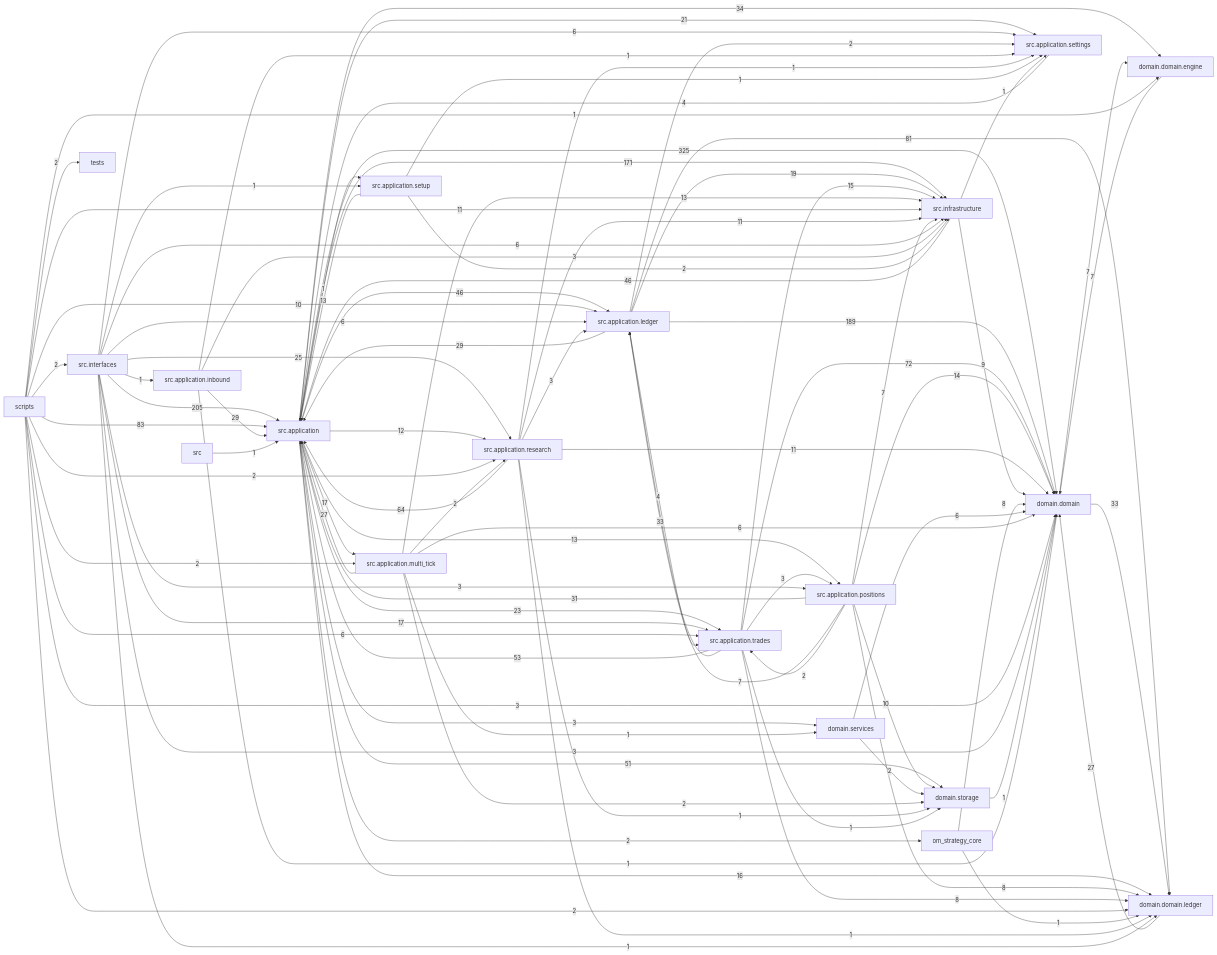
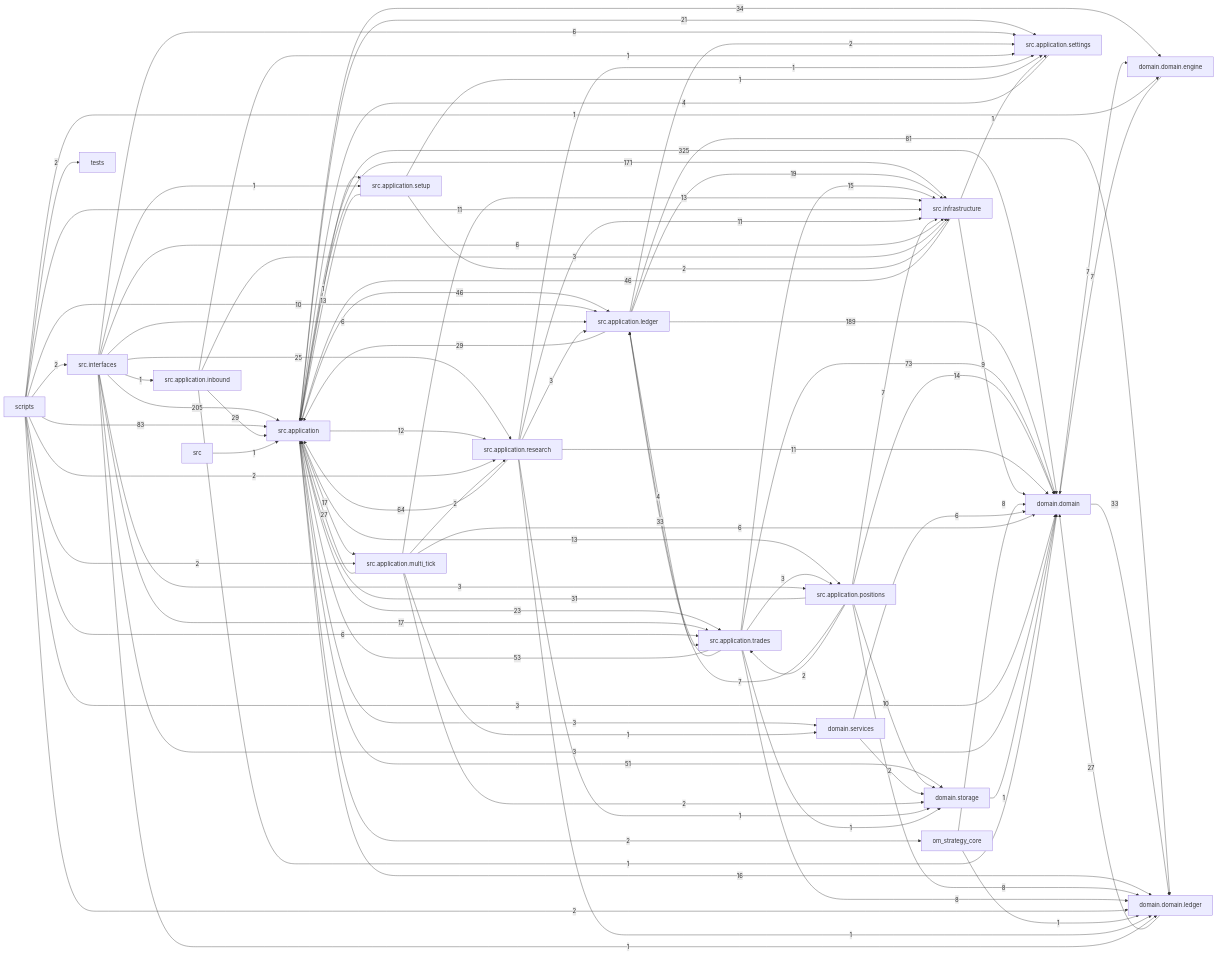
The diagram in docs/dependency_graph.mmd (liuxie066/options-monitor), drawn with Mermaid before and after one commit. The commit also changed 10 other files, not shown here.

```diff
--- a/docs/dependency_graph.mmd
+++ b/docs/dependency_graph.mmd
@@ -1,91 +1,91 @@
 flowchart LR
   src_application["src.application"] -->|325| domain_domain["domain.domain"]
   src_interfaces["src.interfaces"] -->|205| src_application["src.application"]
   src_application_ledger["src.application.ledger"] -->|189| domain_domain["domain.domain"]
   src_application["src.application"] -->|171| src_infrastructure["src.infrastructure"]
   scripts["scripts"] -->|83| src_application["src.application"]
   src_application_ledger["src.application.ledger"] -->|81| domain_domain_ledger["domain.domain.ledger"]
-  src_application_trades["src.application.trades"] -->|72| domain_domain["domain.domain"]
+  src_application_trades["src.application.trades"] -->|73| domain_domain["domain.domain"]
   src_application_research["src.application.research"] -->|64| src_application["src.application"]
   src_application_trades["src.application.trades"] -->|53| src_application["src.application"]
   src_application["src.application"] -->|51| domain_storage["domain.storage"]
   src_application["src.application"] -->|46| src_application_ledger["src.application.ledger"]
   src_infrastructure["src.infrastructure"] -->|46| src_application["src.application"]
   src_application["src.application"] -->|34| domain_domain_engine["domain.domain.engine"]
   domain_domain["domain.domain"] -->|33| domain_domain_ledger["domain.domain.ledger"]
   src_application_trades["src.application.trades"] -->|33| src_application_ledger["src.application.ledger"]
   src_application_positions["src.application.positions"] -->|31| src_application["src.application"]
   src_application_inbound["src.application.inbound"] -->|29| src_application["src.application"]
   src_application_ledger["src.application.ledger"] -->|29| src_application["src.application"]
   domain_domain_ledger["domain.domain.ledger"] -->|27| domain_domain["domain.domain"]
   src_application_multi_tick["src.application.multi_tick"] -->|27| src_application["src.application"]
   src_interfaces["src.interfaces"] -->|25| src_application_research["src.application.research"]
   src_application["src.application"] -->|23| src_application_trades["src.application.trades"]
   src_application["src.application"] -->|21| src_application_settings["src.application.settings"]
   src_application_ledger["src.application.ledger"] -->|19| src_infrastructure["src.infrastructure"]
   src_application["src.application"] -->|17| src_application_multi_tick["src.application.multi_tick"]
   src_interfaces["src.interfaces"] -->|17| src_application_trades["src.application.trades"]
   src_application["src.application"] -->|16| domain_domain_ledger["domain.domain.ledger"]
   src_application_trades["src.application.trades"] -->|15| src_infrastructure["src.infrastructure"]
   src_application_positions["src.application.positions"] -->|14| domain_domain["domain.domain"]
   src_application["src.application"] -->|13| src_application_positions["src.application.positions"]
   src_application_multi_tick["src.application.multi_tick"] -->|13| src_infrastructure["src.infrastructure"]
   src_application_setup["src.application.setup"] -->|13| src_application["src.application"]
   src_application["src.application"] -->|12| src_application_research["src.application.research"]
   scripts["scripts"] -->|11| src_infrastructure["src.infrastructure"]
   src_application_research["src.application.research"] -->|11| domain_domain["domain.domain"]
   src_application_research["src.application.research"] -->|11| src_infrastructure["src.infrastructure"]
   scripts["scripts"] -->|10| src_application_ledger["src.application.ledger"]
   src_application_positions["src.application.positions"] -->|10| domain_storage["domain.storage"]
   src_infrastructure["src.infrastructure"] -->|9| domain_domain["domain.domain"]
   om_strategy_core["om_strategy_core"] -->|8| domain_domain["domain.domain"]
   src_application_positions["src.application.positions"] -->|8| domain_domain_ledger["domain.domain.ledger"]
   src_application_trades["src.application.trades"] -->|8| domain_domain_ledger["domain.domain.ledger"]
   domain_domain["domain.domain"] -->|7| domain_domain_engine["domain.domain.engine"]
   domain_domain_engine["domain.domain.engine"] -->|7| domain_domain["domain.domain"]
   src_application_positions["src.application.positions"] -->|7| src_application_ledger["src.application.ledger"]
   src_application_positions["src.application.positions"] -->|7| src_infrastructure["src.infrastructure"]
   domain_services["domain.services"] -->|6| domain_domain["domain.domain"]
   scripts["scripts"] -->|6| src_application_trades["src.application.trades"]
   src_application_multi_tick["src.application.multi_tick"] -->|6| domain_domain["domain.domain"]
   src_interfaces["src.interfaces"] -->|6| src_application_ledger["src.application.ledger"]
   src_interfaces["src.interfaces"] -->|6| src_application_settings["src.application.settings"]
   src_interfaces["src.interfaces"] -->|6| src_infrastructure["src.infrastructure"]
   src_application_ledger["src.application.ledger"] -->|4| src_application_trades["src.application.trades"]
   src_application_settings["src.application.settings"] -->|4| src_application["src.application"]
   scripts["scripts"] -->|3| domain_domain["domain.domain"]
   src_application["src.application"] -->|3| domain_services["domain.services"]
   src_application_inbound["src.application.inbound"] -->|3| src_infrastructure["src.infrastructure"]
   src_application_research["src.application.research"] -->|3| src_application_ledger["src.application.ledger"]
   src_application_trades["src.application.trades"] -->|3| src_application_positions["src.application.positions"]
   src_interfaces["src.interfaces"] -->|3| domain_domain["domain.domain"]
   src_interfaces["src.interfaces"] -->|3| src_application_positions["src.application.positions"]
   domain_services["domain.services"] -->|2| domain_storage["domain.storage"]
   scripts["scripts"] -->|2| domain_domain_ledger["domain.domain.ledger"]
   scripts["scripts"] -->|2| src_application_multi_tick["src.application.multi_tick"]
   scripts["scripts"] -->|2| src_application_research["src.application.research"]
   scripts["scripts"] -->|2| src_interfaces["src.interfaces"]
   scripts["scripts"] -->|2| tests["tests"]
   src_application["src.application"] -->|2| om_strategy_core["om_strategy_core"]
   src_application_ledger["src.application.ledger"] -->|2| src_application_settings["src.application.settings"]
   src_application_multi_tick["src.application.multi_tick"] -->|2| domain_storage["domain.storage"]
   src_application_multi_tick["src.application.multi_tick"] -->|2| src_application_research["src.application.research"]
   src_application_positions["src.application.positions"] -->|2| src_application_trades["src.application.trades"]
   src_application_setup["src.application.setup"] -->|2| src_infrastructure["src.infrastructure"]
   domain_storage["domain.storage"] -->|1| domain_domain["domain.domain"]
   om_strategy_core["om_strategy_core"] -->|1| domain_domain_ledger["domain.domain.ledger"]
   scripts["scripts"] -->|1| domain_domain_engine["domain.domain.engine"]
   src["src"] -->|1| src_application["src.application"]
   src_application["src.application"] -->|1| src_application_setup["src.application.setup"]
   src_application_inbound["src.application.inbound"] -->|1| domain_domain["domain.domain"]
   src_application_inbound["src.application.inbound"] -->|1| src_application_settings["src.application.settings"]
   src_application_multi_tick["src.application.multi_tick"] -->|1| domain_services["domain.services"]
   src_application_research["src.application.research"] -->|1| domain_domain_ledger["domain.domain.ledger"]
   src_application_research["src.application.research"] -->|1| domain_storage["domain.storage"]
   src_application_research["src.application.research"] -->|1| src_application_settings["src.application.settings"]
   src_application_setup["src.application.setup"] -->|1| src_application_settings["src.application.settings"]
   src_application_trades["src.application.trades"] -->|1| domain_storage["domain.storage"]
   src_infrastructure["src.infrastructure"] -->|1| src_application_settings["src.application.settings"]
   src_interfaces["src.interfaces"] -->|1| domain_domain_ledger["domain.domain.ledger"]
   src_interfaces["src.interfaces"] -->|1| src_application_inbound["src.application.inbound"]
   src_interfaces["src.interfaces"] -->|1| src_application_setup["src.application.setup"]
```
